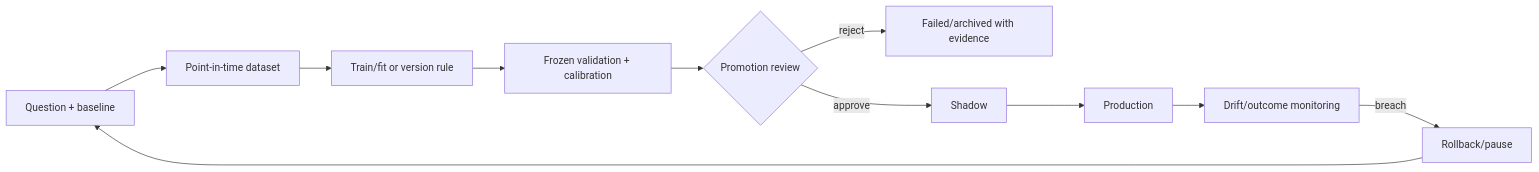
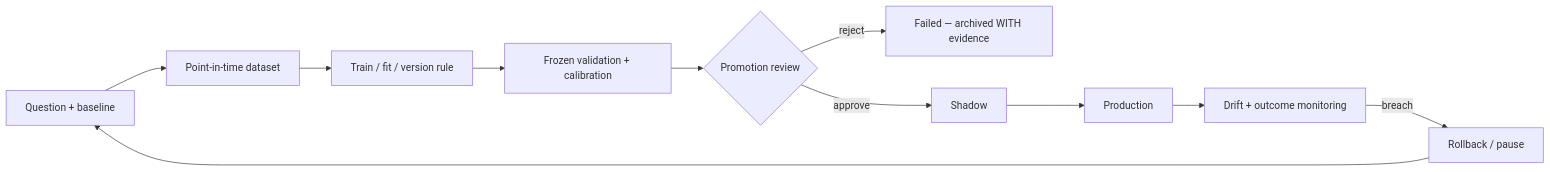
The diagram in docs/product/07-MODEL-REGISTRY.md (TeneikaAskew/stocks), drawn with Mermaid before and after one commit. The commit also changed other lines of this file and 16 other files, not shown here.

````diff
--- a/docs/product/07-MODEL-REGISTRY.md
+++ b/docs/product/07-MODEL-REGISTRY.md
@@ -37,13 +129,13 @@
 ```mermaid
 flowchart LR
  Q[Question + baseline] --> D[Point-in-time dataset]
- D --> T[Train/fit or version rule]
+ D --> T[Train / fit / version rule]
  T --> V[Frozen validation + calibration]
  V --> R{Promotion review}
- R -->|reject| A[Failed/archived with evidence]
+ R -->|reject| A[Failed — archived WITH evidence]
  R -->|approve| S[Shadow]
  S --> P[Production]
- P --> M[Drift/outcome monitoring]
- M -->|breach| RB[Rollback/pause]
+ P --> M[Drift + outcome monitoring]
+ M -->|breach| RB[Rollback / pause]
  RB --> Q
 ```
````
